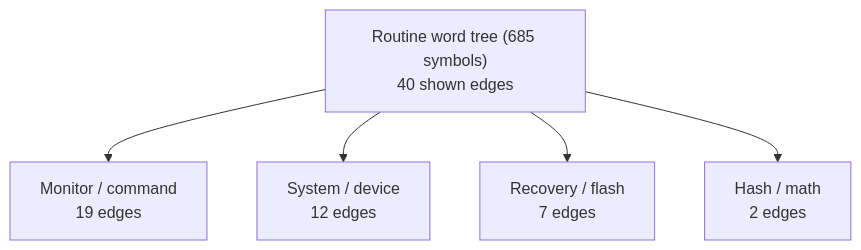
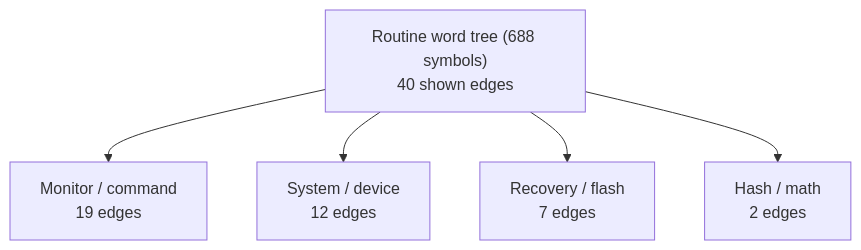
One commit to 95westus/R-YORS changed the first of 6 diagrams in DOC/GENERATED/ROUTINE_WORD_TREE.md. Above: the diagram before and after it, drawn with Mermaid. The commit also changed other lines of this file and 32 other files, not shown here.

````diff
--- a/DOC/GENERATED/ROUTINE_WORD_TREE.md
+++ b/DOC/GENERATED/ROUTINE_WORD_TREE.md
@@ -16,7 +16,7 @@
 ```mermaid
 flowchart TD
-    MAP_ROOT_ROUTINE_WORD_TREE__685_SYMBOLS_["Routine word tree (685 symbols)<br/>40 shown edges"] --> MAP_FAMILY_MONITOR___COMMAND["Monitor / command<br/>19 edges"]
-    MAP_ROOT_ROUTINE_WORD_TREE__685_SYMBOLS_["Routine word tree (685 symbols)<br/>40 shown edges"] --> MAP_FAMILY_SYSTEM___DEVICE["System / device<br/>12 edges"]
-    MAP_ROOT_ROUTINE_WORD_TREE__685_SYMBOLS_["Routine word tree (685 symbols)<br/>40 shown edges"] --> MAP_FAMILY_RECOVERY___FLASH["Recovery / flash<br/>7 edges"]
-    MAP_ROOT_ROUTINE_WORD_TREE__685_SYMBOLS_["Routine word tree (685 symbols)<br/>40 shown edges"] --> MAP_FAMILY_HASH___MATH["Hash / math<br/>2 edges"]
+    MAP_ROOT_ROUTINE_WORD_TREE__688_SYMBOLS_["Routine word tree (688 symbols)<br/>40 shown edges"] --> MAP_FAMILY_MONITOR___COMMAND["Monitor / command<br/>19 edges"]
+    MAP_ROOT_ROUTINE_WORD_TREE__688_SYMBOLS_["Routine word tree (688 symbols)<br/>40 shown edges"] --> MAP_FAMILY_SYSTEM___DEVICE["System / device<br/>12 edges"]
+    MAP_ROOT_ROUTINE_WORD_TREE__688_SYMBOLS_["Routine word tree (688 symbols)<br/>40 shown edges"] --> MAP_FAMILY_RECOVERY___FLASH["Recovery / flash<br/>7 edges"]
+    MAP_ROOT_ROUTINE_WORD_TREE__688_SYMBOLS_["Routine word tree (688 symbols)<br/>40 shown edges"] --> MAP_FAMILY_HASH___MATH["Hash / math<br/>2 edges"]
 ```
````
